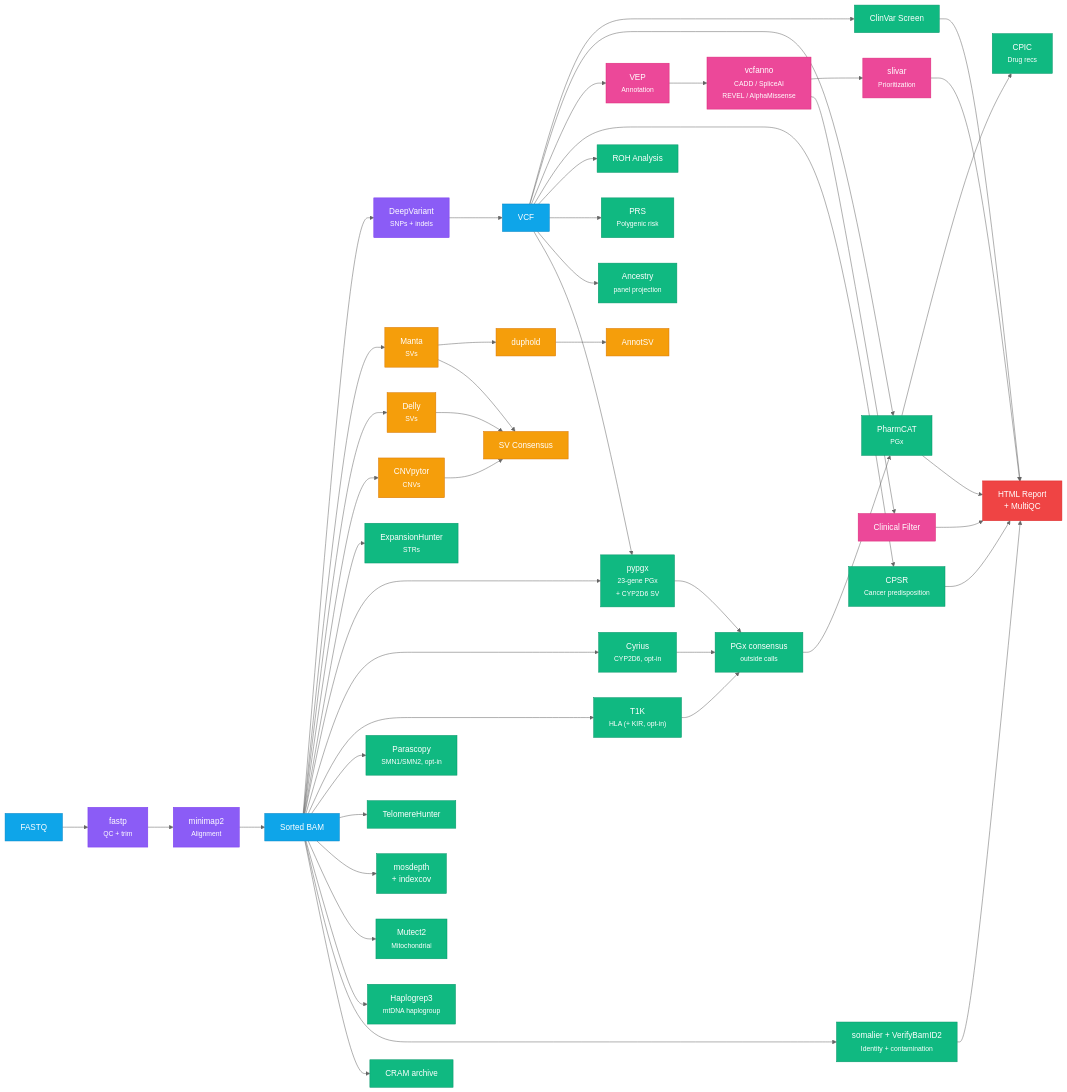
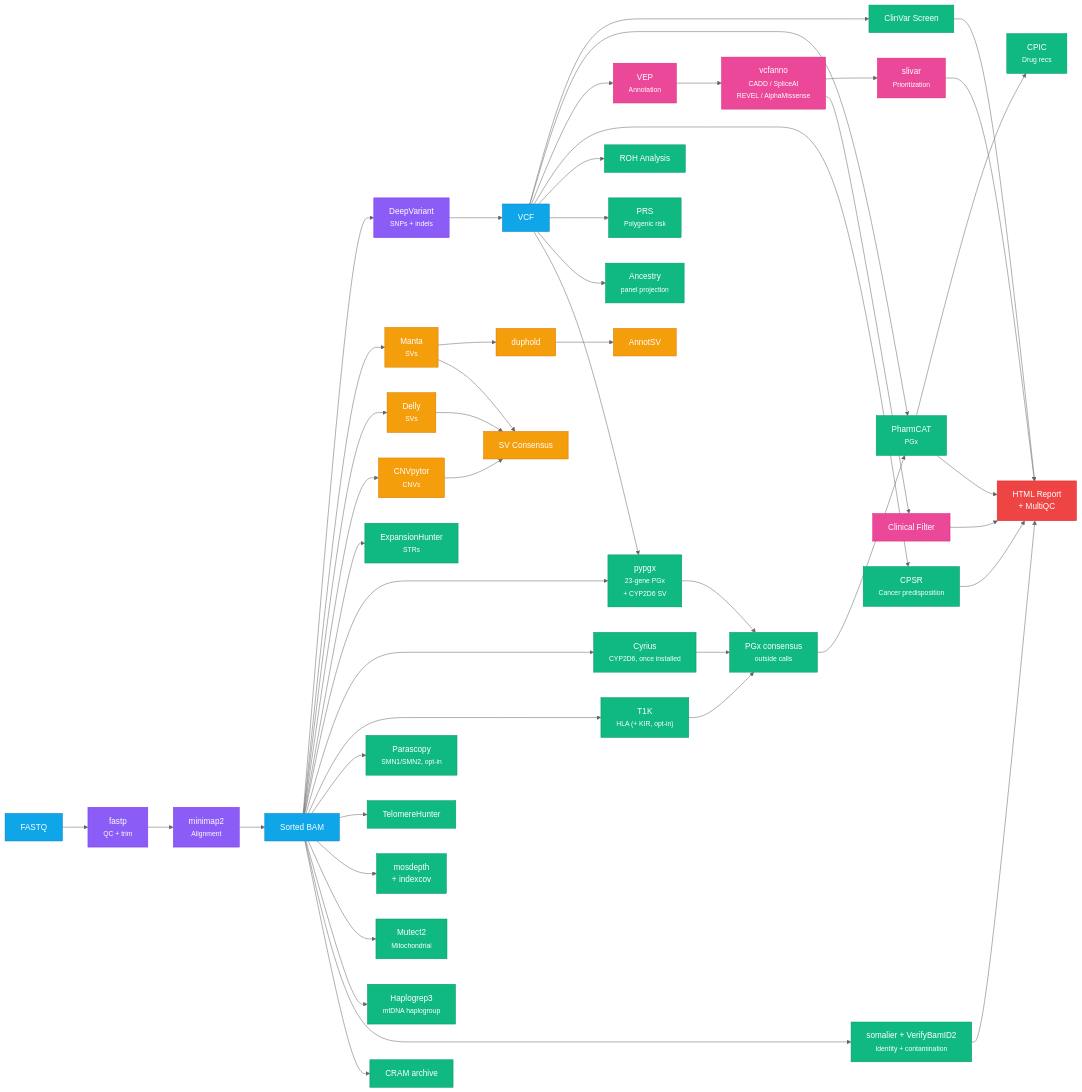
The diagram in docs/pipeline-overview.md (GeiserX/Personal-Genome-Pipeline), drawn with Mermaid (neutral theme) before and after one commit. The commit also changed other lines of this file and 15 other files, not shown here.

````diff
--- a/docs/pipeline-overview.md
+++ b/docs/pipeline-overview.md
@@ -25,72 +25,72 @@
 ```mermaid
 graph LR
     FASTQ["FASTQ"] --> fastp["fastp<br/><small>QC + trim</small>"]
     fastp --> align["minimap2<br/><small>Alignment</small>"]
     align --> BAM["Sorted BAM"]
     BAM --> DV["DeepVariant<br/><small>SNPs + indels</small>"]
     DV --> VCF["VCF"]
 
     %% VCF-based analyses
     VCF --> clinvar["ClinVar Screen"]
     VCF --> pharmcat["PharmCAT<br/><small>PGx</small>"]
     pharmcat --> cpic["CPIC<br/><small>Drug recs</small>"]
     VCF --> vep["VEP<br/><small>Annotation</small>"]
     vep --> vcfanno["vcfanno<br/><small>CADD / SpliceAI<br/>REVEL / AlphaMissense</small>"]
     vcfanno --> slivar["slivar<br/><small>Prioritization</small>"]
     vcfanno --> clinical["Clinical Filter"]
     VCF --> cpsr["CPSR<br/><small>Cancer predisposition</small>"]
     VCF --> roh["ROH Analysis"]
     VCF --> prs["PRS<br/><small>Polygenic risk</small>"]
     VCF --> ancestry["Ancestry<br/><small>panel projection</small>"]
 
     %% BAM-based analyses
     BAM --> manta["Manta<br/><small>SVs</small>"]
     BAM --> delly["Delly<br/><small>SVs</small>"]
     BAM --> cnvpytor["CNVpytor<br/><small>CNVs</small>"]
     manta --> duphold["duphold"]
     duphold --> annotsv["AnnotSV"]
     manta --> consensus["SV Consensus"]
     delly --> consensus
     cnvpytor --> consensus
 
     BAM --> eh["ExpansionHunter<br/><small>STRs</small>"]
     BAM --> pypgx["pypgx<br/><small>23-gene PGx<br/>+ CYP2D6 SV</small>"]
     %% pypgx reads the VCF too, so it waits for DeepVariant
     VCF --> pypgx
-    BAM --> cyrius["Cyrius<br/><small>CYP2D6, opt-in</small>"]
+    BAM --> cyrius["Cyrius<br/><small>CYP2D6, once installed</small>"]
     BAM --> hla["T1K<br/><small>HLA (+ KIR, opt-in)</small>"]
     BAM --> paralogs["Parascopy<br/><small>SMN1/SMN2, opt-in</small>"]
     hla --> consensus36["PGx consensus<br/><small>outside calls</small>"]
     pypgx --> consensus36
     cyrius --> consensus36
     consensus36 --> pharmcat
     BAM --> telomere["TelomereHunter"]
     BAM --> coverage["mosdepth<br/>+ indexcov"]
     BAM --> mito["Mutect2<br/><small>Mitochondrial</small>"]
     BAM --> haplo["Haplogrep3<br/><small>mtDNA haplogroup</small>"]
     BAM --> sampleqc["somalier + VerifyBamID2<br/><small>Identity + contamination</small>"]
     BAM --> cram["CRAM archive"]
 
     %% Reporting
     clinical --> report["HTML Report<br/>+ MultiQC"]
     slivar --> report
     clinvar --> report
     pharmcat --> report
     cpsr --> report
     sampleqc --> report
 
     %% Styling
     classDef input fill:#0ea5e9,stroke:#0284c7,color:#fff
     classDef core fill:#8b5cf6,stroke:#7c3aed,color:#fff
     classDef analysis fill:#10b981,stroke:#059669,color:#fff
     classDef sv fill:#f59e0b,stroke:#d97706,color:#fff
     classDef annotation fill:#ec4899,stroke:#db2777,color:#fff
     classDef report fill:#ef4444,stroke:#dc2626,color:#fff
 
     class FASTQ,BAM,VCF input
     class fastp,align,DV core
     class clinvar,pharmcat,cpic,cpsr,eh,roh,prs,ancestry,pypgx,cyrius,hla,paralogs,consensus36,telomere,coverage,mito,haplo,sampleqc,cram analysis
     class manta,delly,cnvpytor,consensus,duphold,annotsv sv
     class vep,vcfanno,slivar,clinical annotation
     class report report
 ```
````
